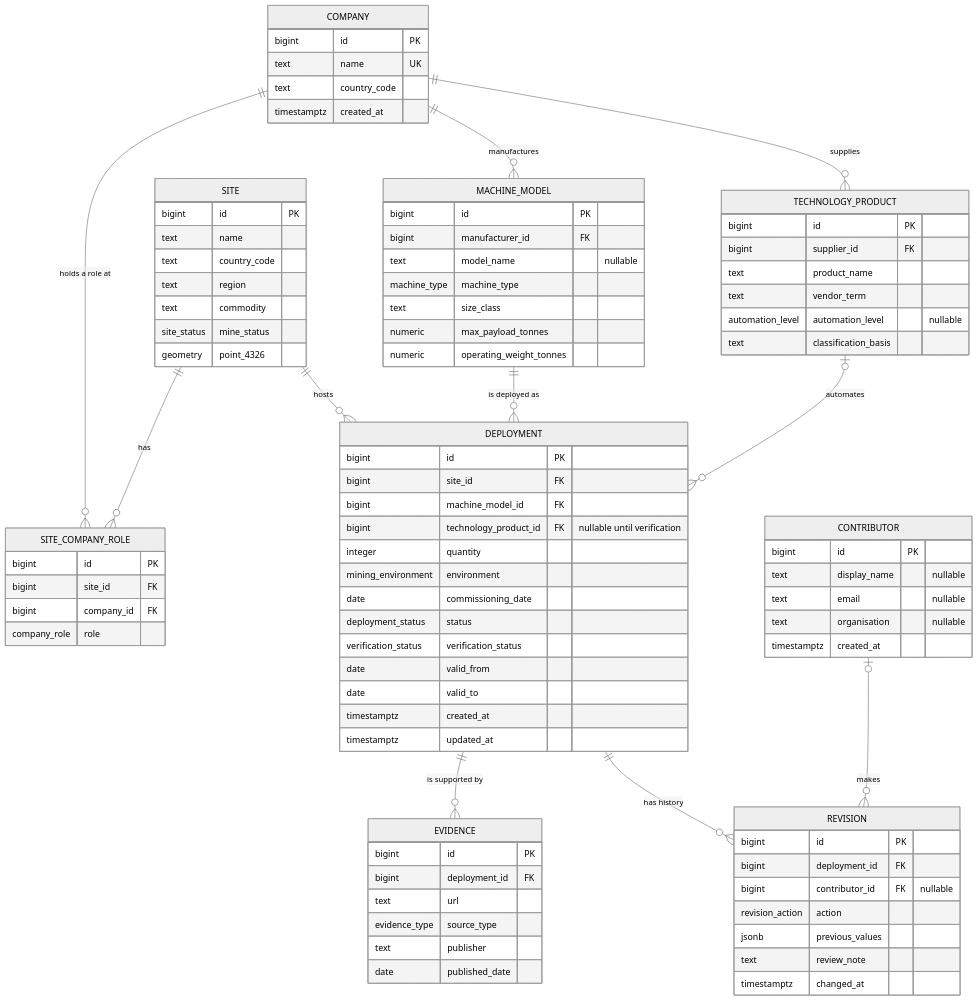
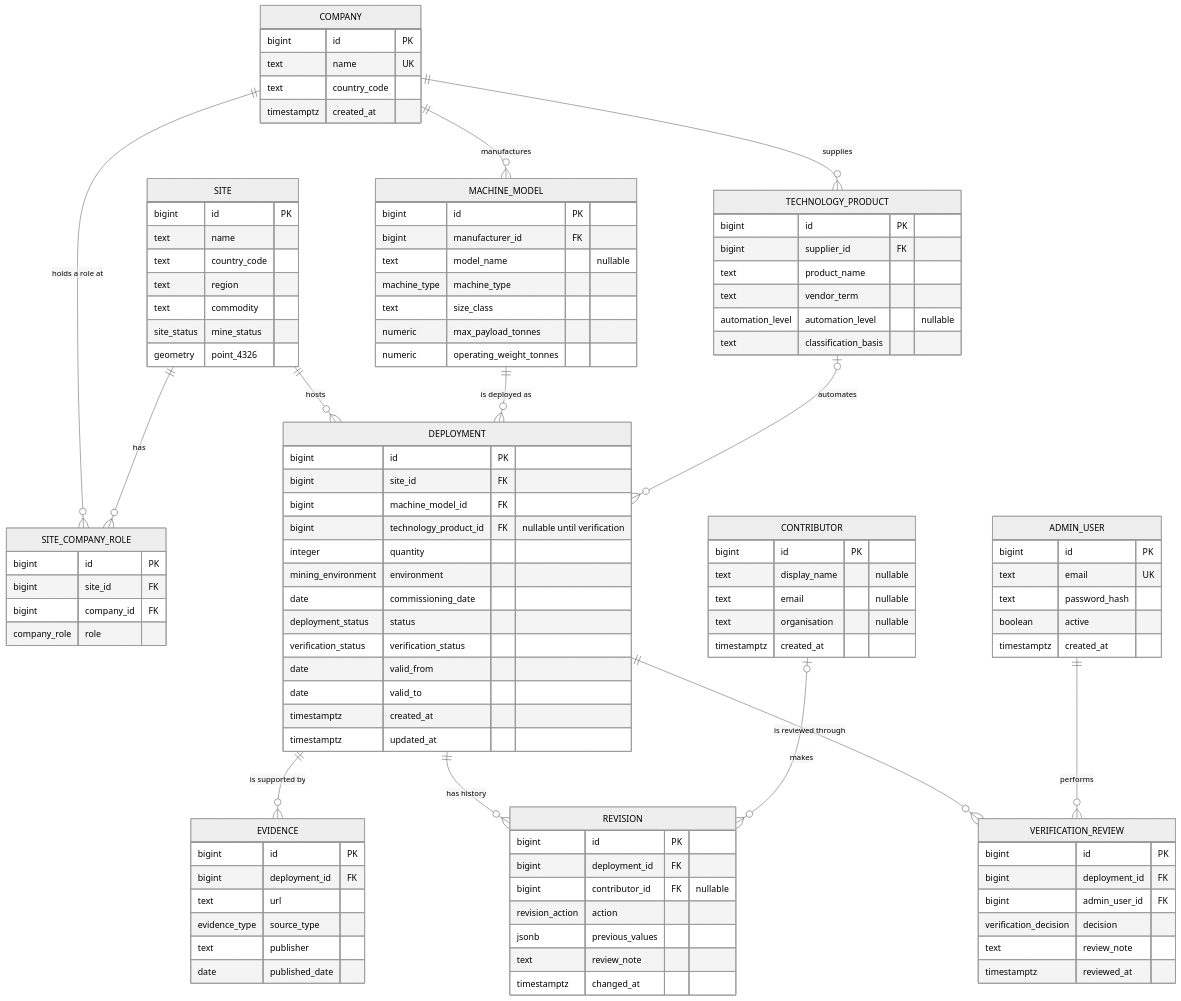
One commit to zinken7/capstone-group-5 changed the diagram in docs/database/ERD.md. Above: the diagram before and after it, drawn with Mermaid (neutral theme). The commit also changed other lines of this file, not shown here.

Commit message:
Update ERD to include verification review and admin user
Added new entities and relationships for verification reviews and admin users in the ERD.

```diff
--- a/docs/database/ERD.md
+++ b/docs/database/ERD.md
@@ -26,6 +26,8 @@
     DEPLOYMENT ||--o{ EVIDENCE : "is supported by"
     DEPLOYMENT ||--o{ REVISION : "has history"
     CONTRIBUTOR o|--o{ REVISION : makes
+    DEPLOYMENT ||--o{ VERIFICATION_REVIEW : "is reviewed through"
+    ADMIN_USER ||--o{ VERIFICATION_REVIEW : performs
 
     COMPANY {
         bigint id PK
@@ -95,6 +97,21 @@
         text organisation "nullable"
         timestamptz created_at
     }
+    ADMIN_USER {
+        bigint id PK
+        text email UK
+        text password_hash
+        boolean active
+        timestamptz created_at
+    }
+    VERIFICATION_REVIEW {
+        bigint id PK
+        bigint deployment_id FK
+        bigint admin_user_id FK
+        verification_decision decision
+        text review_note
+        timestamptz reviewed_at
+    }
     REVISION {
         bigint id PK
         bigint deployment_id FK
```
